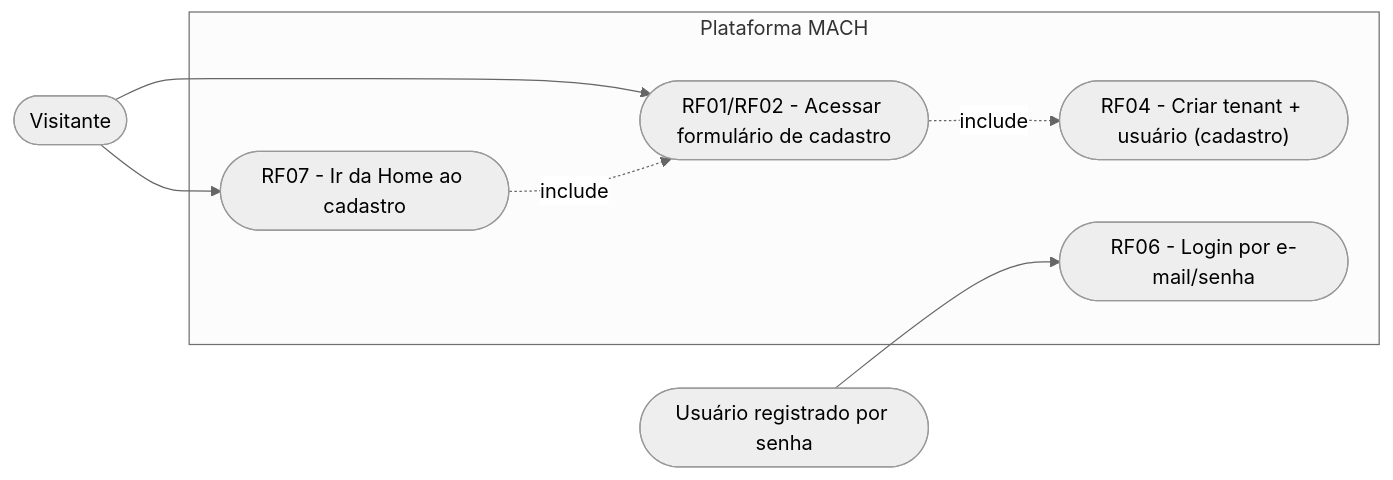
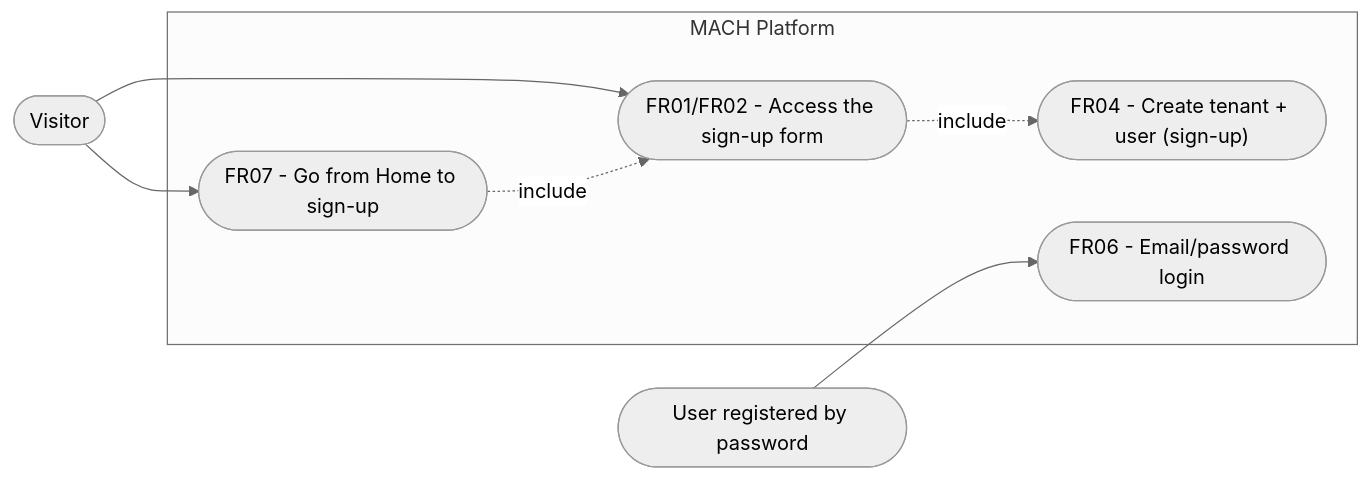
The first of 4 diagrams in specs/006-auto-cadastro/spec.md (GiovaniRodrigo/arquitetura-mach-saas-nocode), drawn with Mermaid (neutral theme) before and after one commit. The commit also changed other lines of this file and 86 other files, not shown here.

````diff
--- a/specs/006-auto-cadastro/spec.md
+++ b/specs/006-auto-cadastro/spec.md
@@ -116,18 +116,18 @@
 ```mermaid
 flowchart LR
-  visitante(["Visitante"])
-  usuario(["Usuário registrado por senha"])
+  visitante(["Visitor"])
+  usuario(["User registered by password"])
 
-  subgraph sistema["Plataforma MACH"]
-    UC1(["RF01/RF02 - Acessar formulário de cadastro"])
-    UC2(["RF04 - Criar tenant + usuário (cadastro)"])
-    UC3(["RF06 - Login por e-mail/senha"])
-    UC4(["RF07 - Ir da Home ao cadastro"])
+  subgraph sistema["MACH Platform"]
+    UC1(["FR01/FR02 - Access the sign-up form"])
+    UC2(["FR04 - Create tenant + user (sign-up)"])
+    UC3(["FR06 - Email/password login"])
+    UC4(["FR07 - Go from Home to sign-up"])
   end
 
   visitante --> UC1
   UC1 -. include .-> UC2
   visitante --> UC4
   UC4 -. include .-> UC1
   usuario --> UC3
 ```
````
